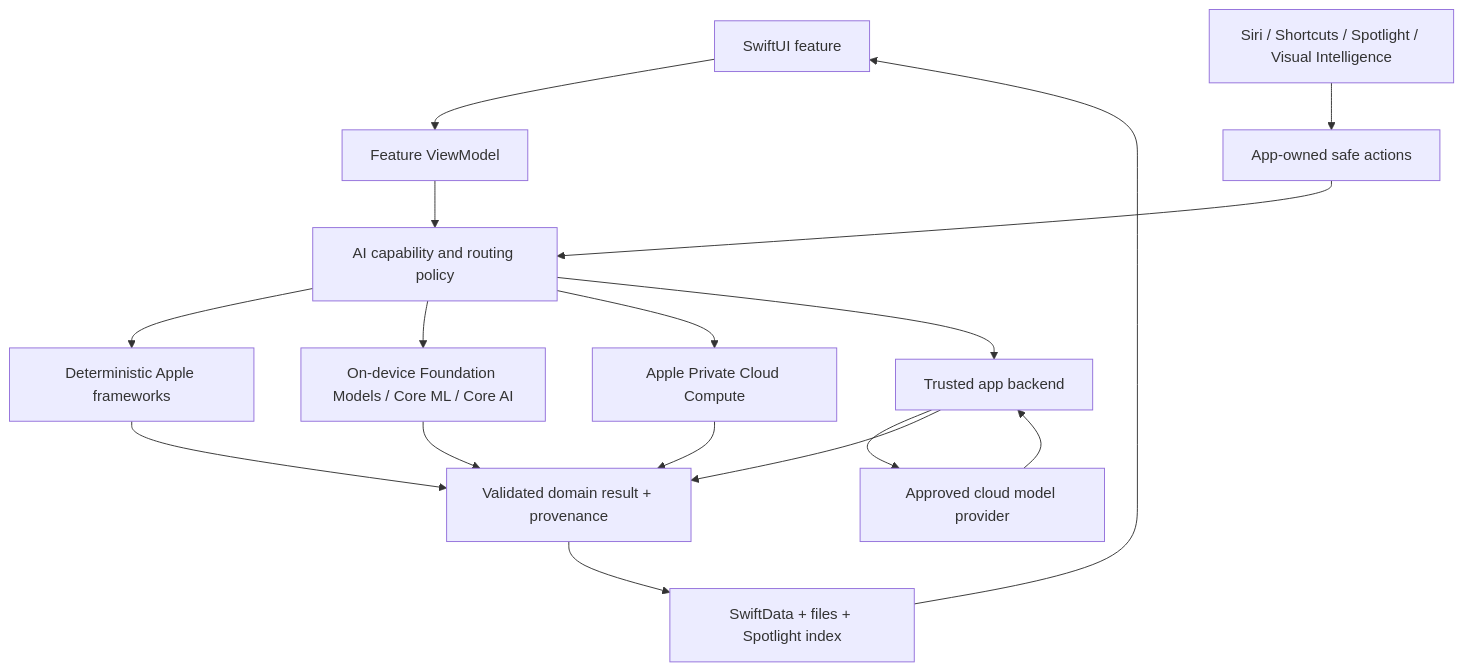
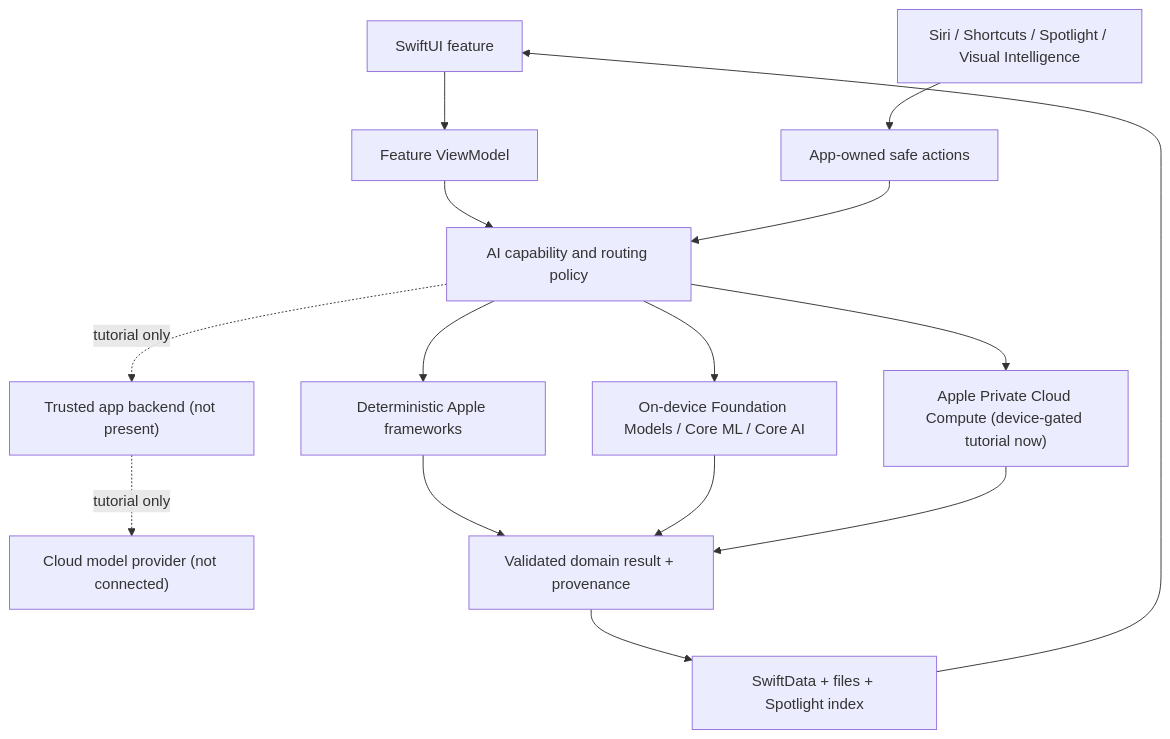
One commit to MArtem/AIZenflow changed the diagram in .zenflow/tasks/new-task-be0b/ios-ai-capabilities-and-lab-plan.md. Above: the diagram before and after it, drawn with Mermaid. The commit also changed other lines of this file and 104 other files, not shown here.

````diff
--- a/.zenflow/tasks/new-task-be0b/ios-ai-capabilities-and-lab-plan.md
+++ b/.zenflow/tasks/new-task-be0b/ios-ai-capabilities-and-lab-plan.md
@@ -460,19 +473,17 @@
 ```mermaid
 flowchart TD
     UI["SwiftUI feature"] --> VM["Feature ViewModel"]
     VM --> Policy["AI capability and routing policy"]
     Policy --> Deterministic["Deterministic Apple frameworks"]
     Policy --> Local["On-device Foundation Models / Core ML / Core AI"]
-    Policy --> PCC["Apple Private Cloud Compute"]
-    Policy --> Backend["Trusted app backend"]
-    Backend --> Provider["Approved cloud model provider"]
+    Policy --> PCC["Apple Private Cloud Compute (device-gated tutorial now)"]
+    Policy -. "tutorial only" .-> Backend["Trusted app backend (not present)"]
+    Backend -. "tutorial only" .-> Provider["Cloud model provider (not connected)"]
     Deterministic --> Result["Validated domain result + provenance"]
     Local --> Result
     PCC --> Result
-    Provider --> Backend
-    Backend --> Result
     Result --> Store["SwiftData + files + Spotlight index"]
     Store --> UI
     Intents["Siri / Shortcuts / Spotlight / Visual Intelligence"] --> AppActions["App-owned safe actions"]
     AppActions --> Policy
 ```
````
